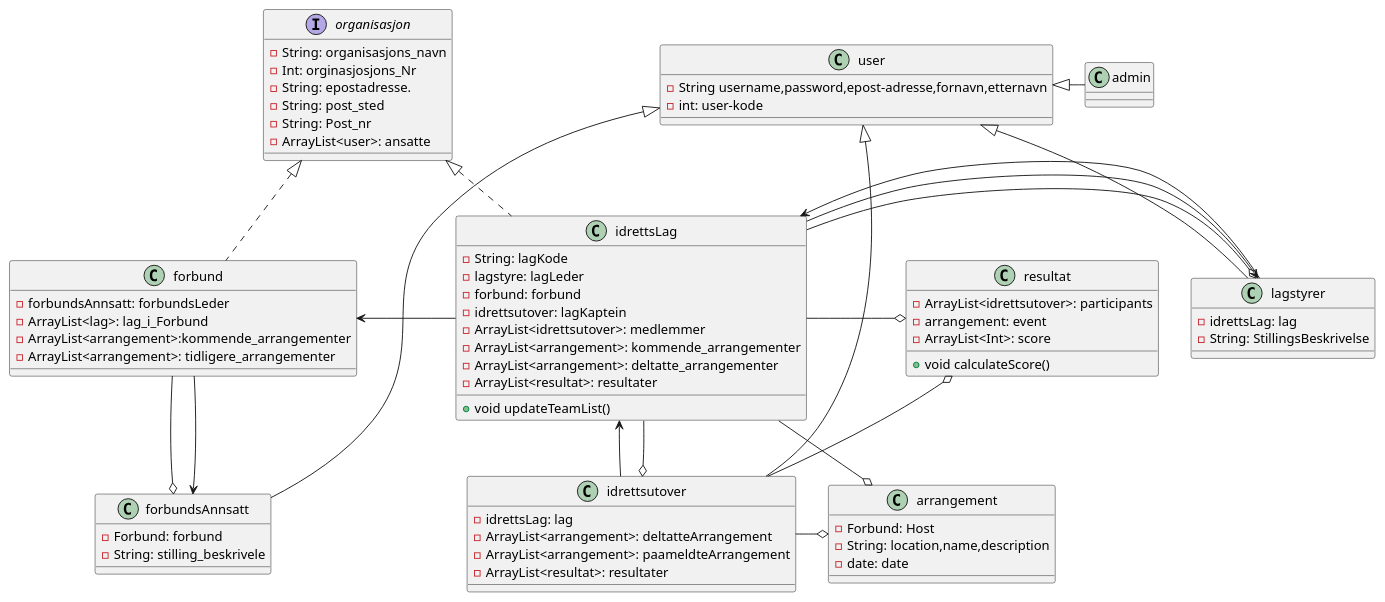
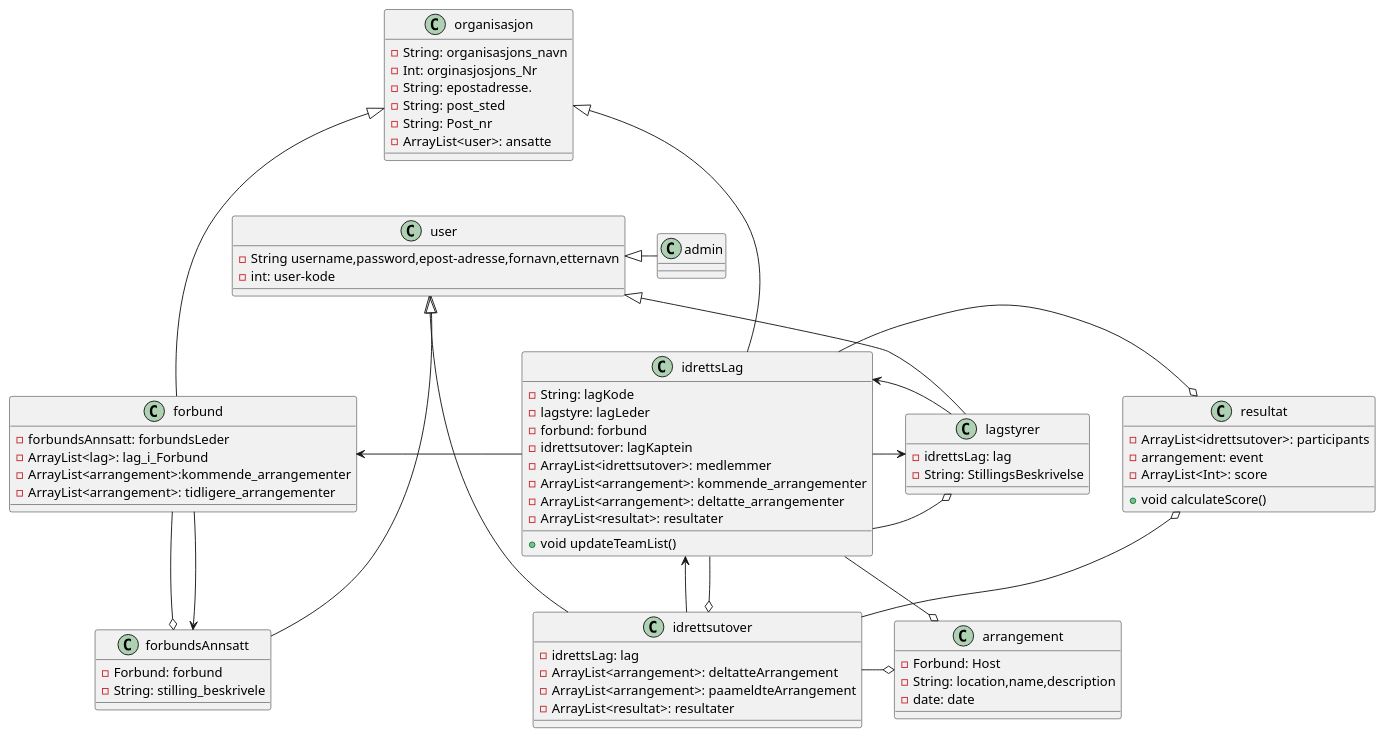
The diagram in uml/classeDiagram/ClasseDiagram_12_10.puml (tobbibias/GruppeOppgaven-H2019-Gruppe-11), drawn with PlantUML before and after one commit. The commit also changed 2 other files, not shown here.

Commit message:
editing classDiagram

```diff
--- a/uml/classeDiagram/ClasseDiagram_12_10.puml
+++ b/uml/classeDiagram/ClasseDiagram_12_10.puml
@@ -1,98 +1,98 @@
 @startuml
 class user{
     -String username,password,epost-adresse,fornavn,etternavn
     -int: user-kode
 }
-interface organisasjon{
+Class organisasjon{
     -String: organisasjons_navn
     -Int: orginasjosjons_Nr
     -String: epostadresse.
     -String: post_sted
     -String: Post_nr
     -ArrayList<user>: ansatte
 }
 
 class idrettsutover{
     -idrettsLag: lag
     -ArrayList<arrangement>: deltatteArrangement
     -ArrayList<arrangement>: paameldteArrangement
     -ArrayList<resultat>: resultater
 }
 
 
 class idrettsLag{
     -String: lagKode
     -lagstyre: lagLeder
     -forbund: forbund
     -idrettsutover: lagKaptein
     -ArrayList<idrettsutover>: medlemmer
     -ArrayList<arrangement>: kommende_arrangementer
     -ArrayList<arrangement>: deltatte_arrangementer
     -ArrayList<resultat>: resultater
     +void updateTeamList()
 }
 
 
 class lagstyrer{
      -idrettsLag: lag
      -String: StillingsBeskrivelse
 
 }
 
 
 class forbund{
     -forbundsAnnsatt: forbundsLeder
     -ArrayList<lag>: lag_i_Forbund
     -ArrayList<arrangement>:kommende_arrangementer
     -ArrayList<arrangement>: tidligere_arrangementer
 }
 
 class forbundsAnnsatt{
     -Forbund: forbund
     -String: stilling_beskrivele
 }
 
 class arrangement{
     -Forbund: Host
     -String: location,name,description
     -date: date
 }
 
 class admin{
 
 }
 class resultat{
     -ArrayList<idrettsutover>: participants
     -arrangement: event
     -ArrayList<Int>: score
     +void calculateScore()
 }
 
 
 idrettsutover -up-|> user
 idrettsutover -left-> idrettsLag
 idrettsutover -up-o resultat
 idrettsutover -right-o arrangement
 
-idrettsLag .up.|> organisasjon
+idrettsLag -up-|> organisasjon
 idrettsLag --o idrettsutover
 idrettsLag -right-o lagstyrer
 idrettsLag -right-> lagstyrer
 idrettsLag --o arrangement
 idrettsLag -left-> forbund
 idrettsLag -right-o resultat
 
 
 lagstyrer -up-|> user
 lagstyrer -right-> idrettsLag
 
 
 forbund --o forbundsAnnsatt
 forbund --> forbundsAnnsatt
 
 forbundsAnnsatt -up-|> user
 admin -left-|> user
 
 
-forbund .up.|> organisasjon
+forbund -up--|> organisasjon
 @enduml
```
